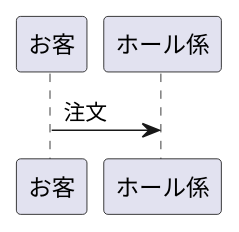
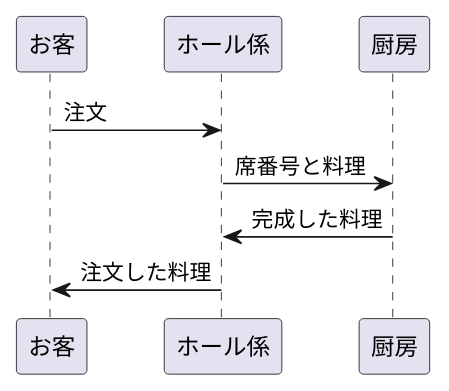
One commit to Aso2001388/2021sys-design changed the diagram in zyugyou04/kadai03.md. Above: the diagram before and after it, drawn with PlantUML.

````diff
--- a/zyugyou04/kadai03.md
+++ b/zyugyou04/kadai03.md
@@ -1,7 +1,10 @@
 ```uml
 @startuml
 
 お客 -> ホール係 :注文
+ホール係 -> 厨房 :席番号と料理
+厨房 ->ホール係: 完成した料理
+ホール係 ->お客:注文した料理
 
 @enduml
 ```
````
